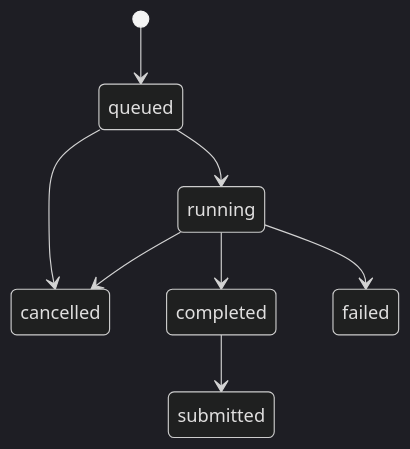
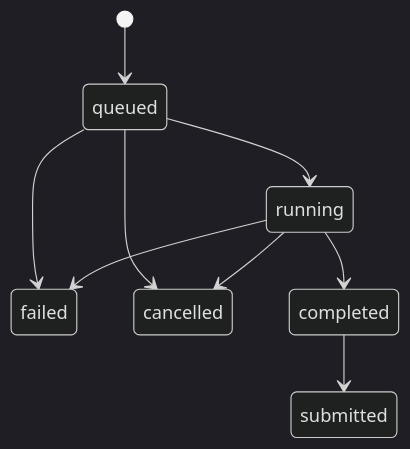
The diagram in docs/v0.1/phase-02-backend-and-postgres.md (stuchain/ctf-maze-arena), drawn with Mermaid (dark theme) before and after one commit. The commit also changed other lines of this file and 38 other files, not shown here.

````diff
--- a/docs/v0.1/phase-02-backend-and-postgres.md
+++ b/docs/v0.1/phase-02-backend-and-postgres.md
@@ -42,10 +42,11 @@
 ```mermaid
 stateDiagram-v2
   [*] --> queued
   queued --> running
+  queued --> failed
   queued --> cancelled
   running --> completed
   running --> failed
   running --> cancelled
   completed --> submitted
 ```
````
